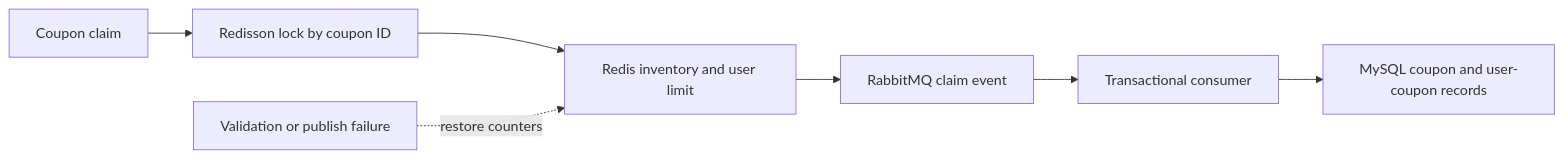
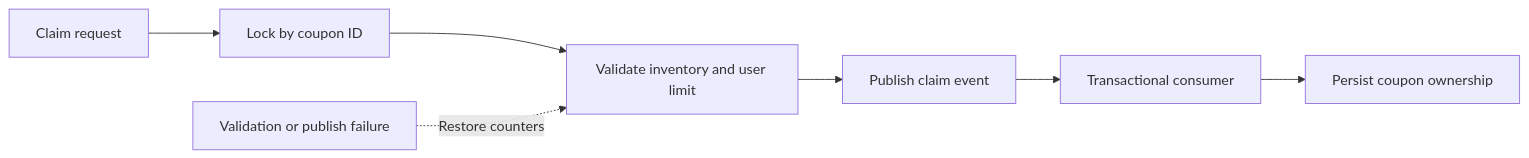
The first of 2 diagrams in README.md (tiancaiq/learnforge), drawn with Mermaid before and after one commit. The commit also changed other lines of this file, not shown here.

````diff
--- a/README.md
+++ b/README.md
@@ -19,9 +31,9 @@
 ```mermaid
 flowchart LR
-    Request["Coupon claim"] --> Lock["Redisson lock by coupon ID"]
-    Lock --> Redis["Redis inventory and user limit"]
-    Redis --> MQ["RabbitMQ claim event"]
+    Request["Claim request"] --> Lock["Lock by coupon ID"]
+    Lock --> Redis["Validate inventory and user limit"]
+    Redis --> MQ["Publish claim event"]
     MQ --> Consumer["Transactional consumer"]
-    Consumer --> MySQL["MySQL coupon and user-coupon records"]
-    Failure["Validation or publish failure"] -. "restore counters" .-> Redis
+    Consumer --> MySQL["Persist coupon ownership"]
+    Failure["Validation or publish failure"] -. "Restore counters" .-> Redis
 ```
````
